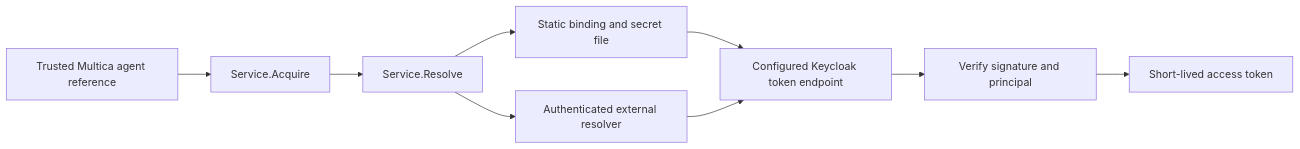
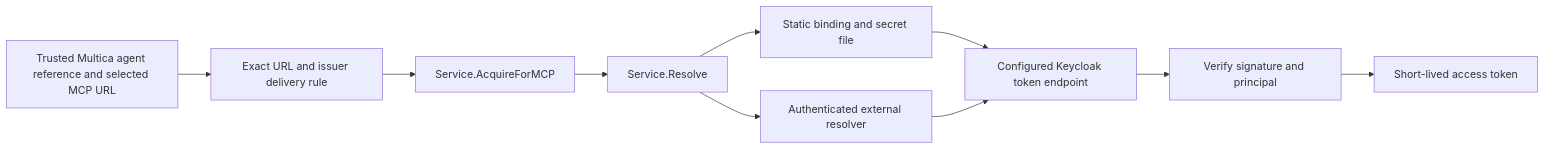
One commit to gently-whitesnow/multica-sandbox changed the diagram in internal/identity/README.md. Above: the diagram before and after it, drawn with Mermaid. The commit also changed other lines of this file and 11 other files, not shown here.

Commit message:
refactor: separate IAM issuance from MCP delivery

````diff
--- a/internal/identity/README.md
+++ b/internal/identity/README.md
@@ -8,11 +8,12 @@
 ```mermaid
 flowchart LR
-    T[Trusted Multica agent reference] --> S[Service.Acquire]
+    T[Trusted Multica agent reference and selected MCP URL] --> P[Exact URL and issuer delivery rule]
+    P --> S[Service.AcquireForMCP]
     S --> R[Service.Resolve]
     R --> F[Static binding and secret file]
     R --> H[Authenticated external resolver]
     F --> I[Configured Keycloak token endpoint]
     H --> I
     I --> V[Verify signature and principal]
     V --> A[Short-lived access token]
 ```
````
